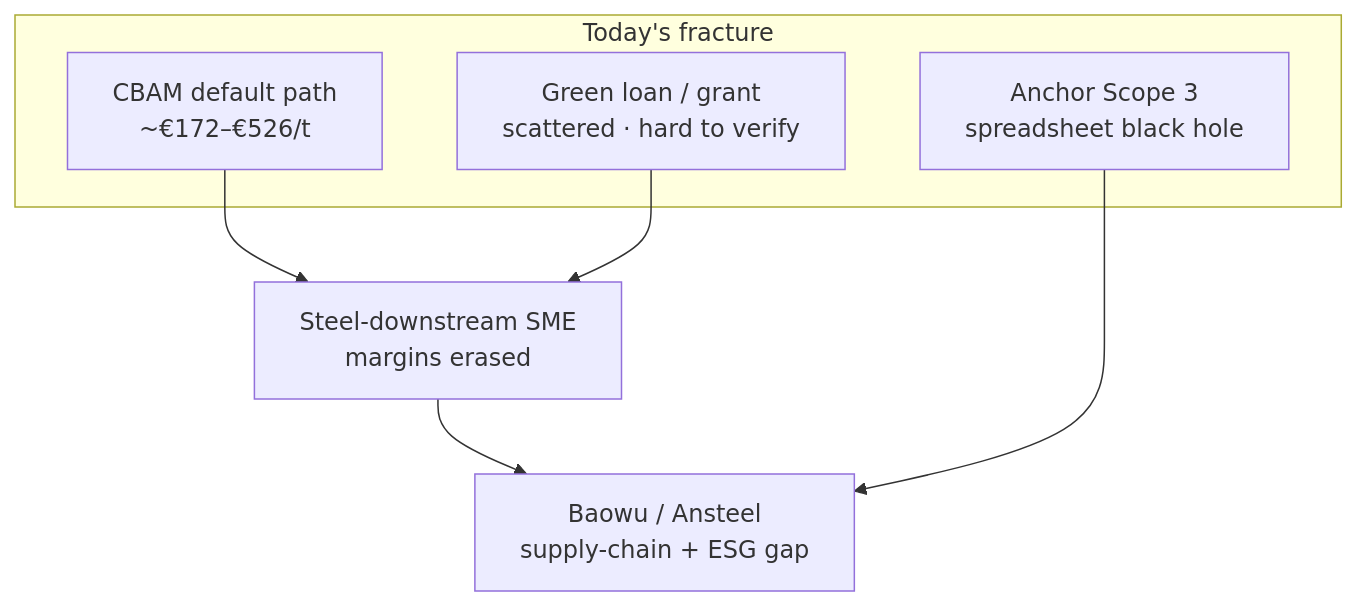
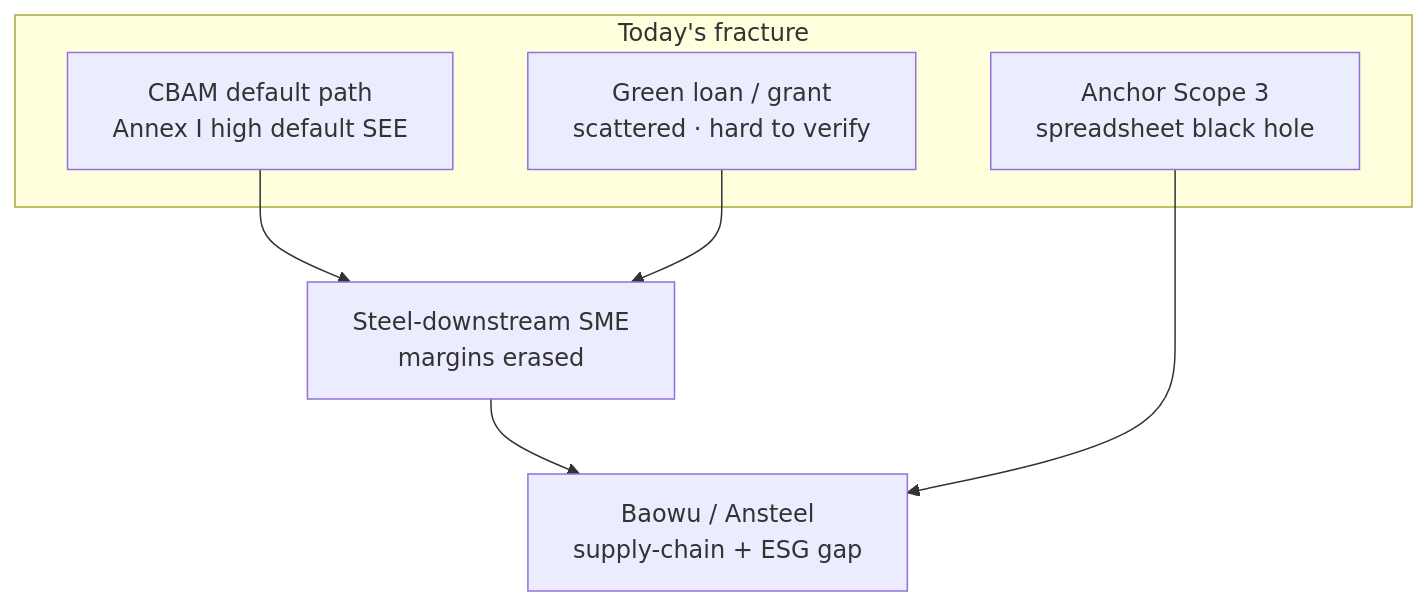
One commit to pennythewise/GreenGru changed the first of 10 diagrams in README.en.md. Above: the diagram before and after it, drawn with Mermaid. The commit also changed other lines of this file and 20 other files, not shown here.

````diff
--- a/README.en.md
+++ b/README.en.md
@@ -35,12 +35,12 @@
 ```mermaid
 flowchart TB
   subgraph PAIN["Today's fracture"]
-    CBAM["CBAM default path<br/>~€172–€526/t"]
+    CBAM["CBAM default path<br/>Annex I high default SEE"]
     LOAN["Green loan / grant<br/>scattered · hard to verify"]
     S3["Anchor Scope 3<br/>spreadsheet black hole"]
   end
   CBAM --> SME["Steel-downstream SME<br/>margins erased"]
   LOAN --> SME
   SME --> ANCHOR["Baowu / Ansteel<br/>supply-chain + ESG gap"]
   S3 --> ANCHOR
 ```
````
